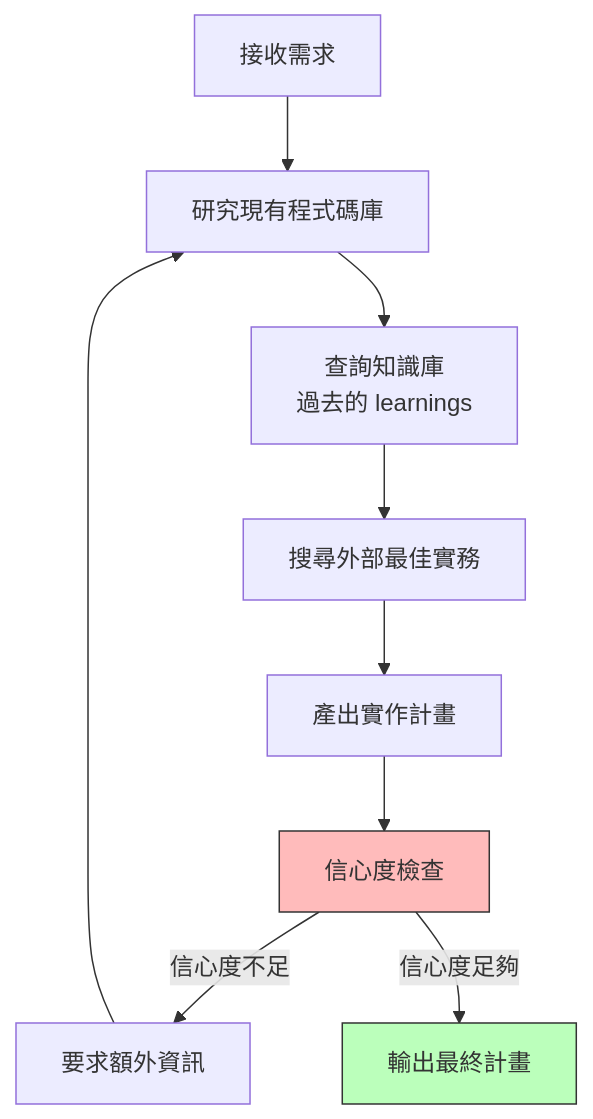
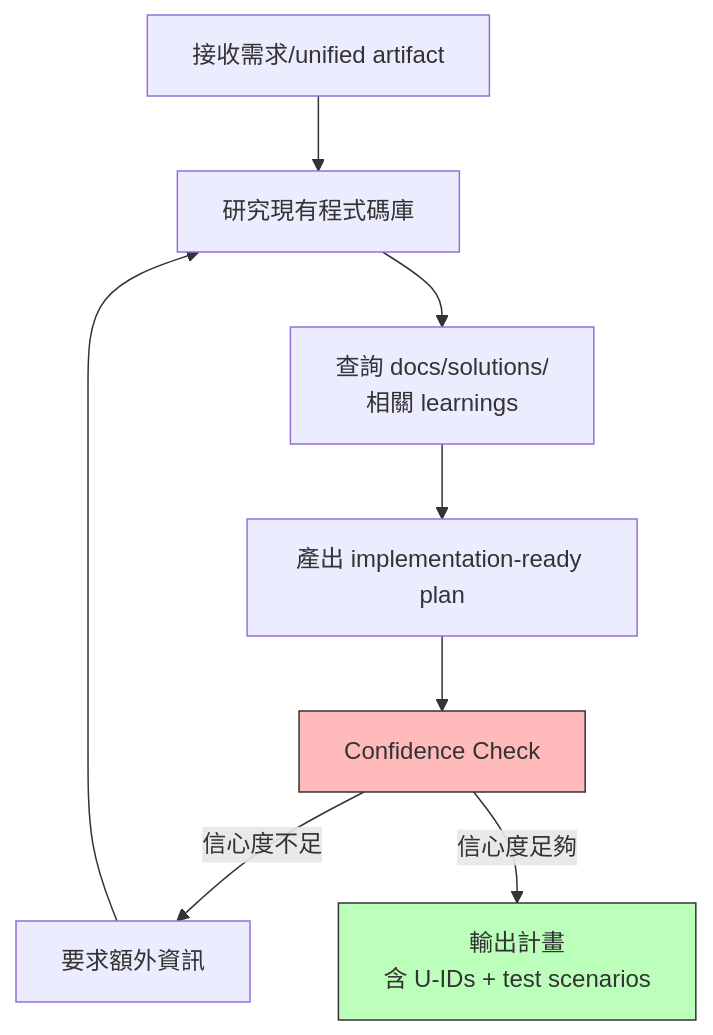
One commit to chihhung/Blog changed the fifth of 14 diagrams in content/posts/教學/AI開發/Compound Engineering 教學手冊.md. Above: the diagram before and after it, drawn with Mermaid. The commit also changed other lines of this file and 22 other files, not shown here.

````diff
--- a/content/posts/教學/AI開發/Compound Engineering 教學手冊.md
+++ b/content/posts/教學/AI開發/Compound Engineering 教學手冊.md
@@ -743,14 +782,13 @@
 ```mermaid
 graph TD
-    A[接收需求] --> B[研究現有程式碼庫]
-    B --> C[查詢知識庫<br/>過去的 learnings]
-    C --> D[搜尋外部最佳實務]
-    D --> E[產出實作計畫]
-    E --> F[信心度檢查]
-    F -->|信心度不足| G[要求額外資訊]
-    G --> B
-    F -->|信心度足夠| H[輸出最終計畫]
+    A[接收需求/unified artifact] --> B[研究現有程式碼庫]
+    B --> C[查詢 docs/solutions/<br/>相關 learnings]
+    C --> D[產出 implementation-ready plan]
+    D --> E[Confidence Check]
+    E -->|信心度不足| F[要求額外資訊]
+    F --> B
+    E -->|信心度足夠| G[輸出計畫<br/>含 U-IDs + test scenarios]
 
-    style F fill:#fbb,stroke:#333
-    style H fill:#bfb,stroke:#333
+    style E fill:#fbb,stroke:#333
+    style G fill:#bfb,stroke:#333
 ```
````
